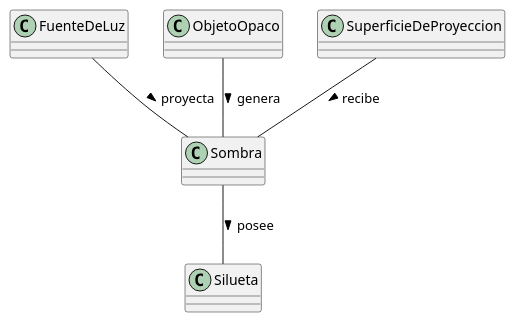
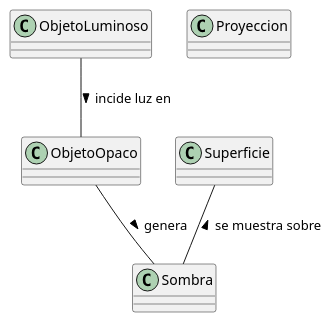
The diagram in entregas/melgaresJose/uml/sombra.puml (fogg928s4/26-27-idsw1), drawn with PlantUML before and after one commit. The commit also changed 2 other files, not shown here.

Commit message:
refactor: ver2 de sombra, considerando la autosombra

```diff
--- a/entregas/melgaresJose/uml/sombra.puml
+++ b/entregas/melgaresJose/uml/sombra.puml
@@ -1,28 +1,23 @@
 @startuml
 
 class Sombra {
 
 }
 
-class FuenteDeLuz {
+class ObjetoLuminoso {
 
 }
 
 class ObjetoOpaco {
 
 }
 
-class SuperficieDeProyeccion {
+class Proyeccion {
 
 }
 
-class Silueta {
-
-}
-
-FuenteDeLuz  -- Sombra : proyecta >
-ObjetoOpaco  -- Sombra : genera >
-SuperficieDeProyeccion  -- Sombra : recibe >
-Sombra  -- Silueta : posee >
+ObjetoLuminoso  -- ObjetoOpaco : incide luz en  >
+ObjetoOpaco -- Sombra : genera >
+Superficie  -- Sombra : se muestra sobre <
 
 @enduml
```
